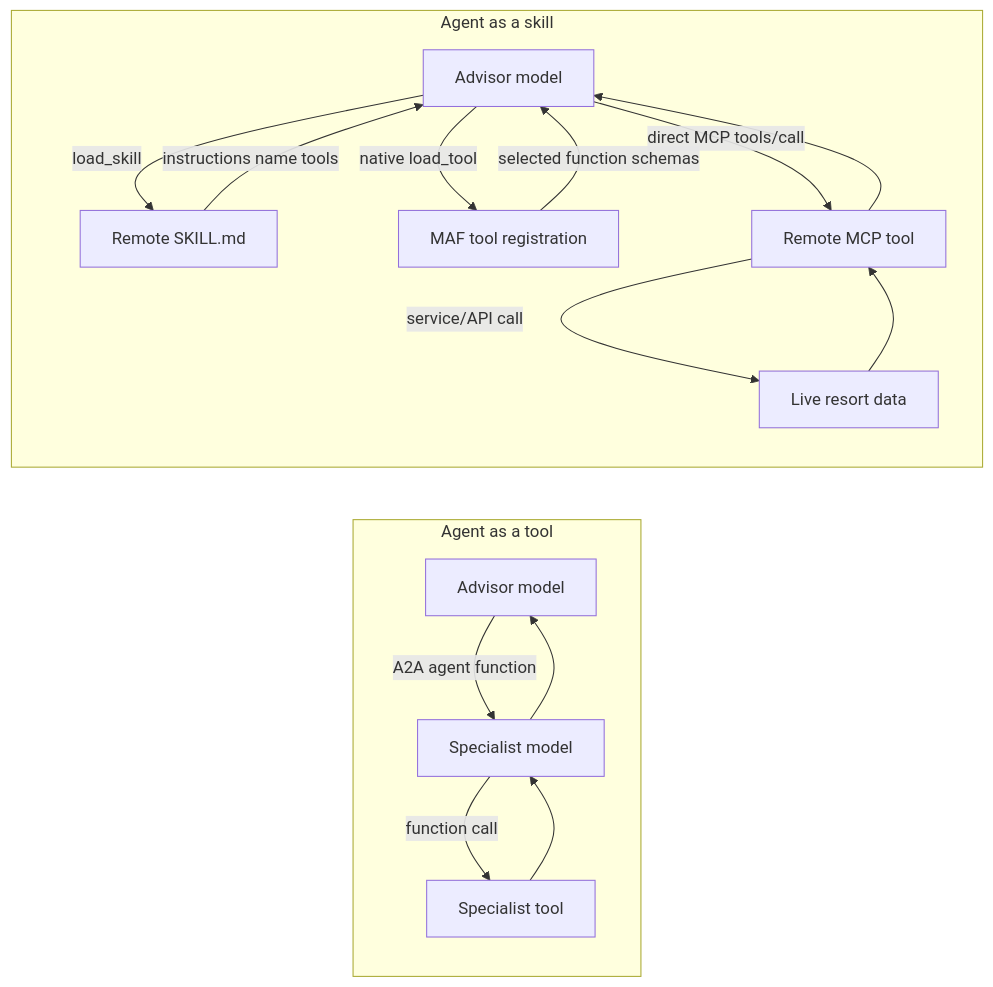
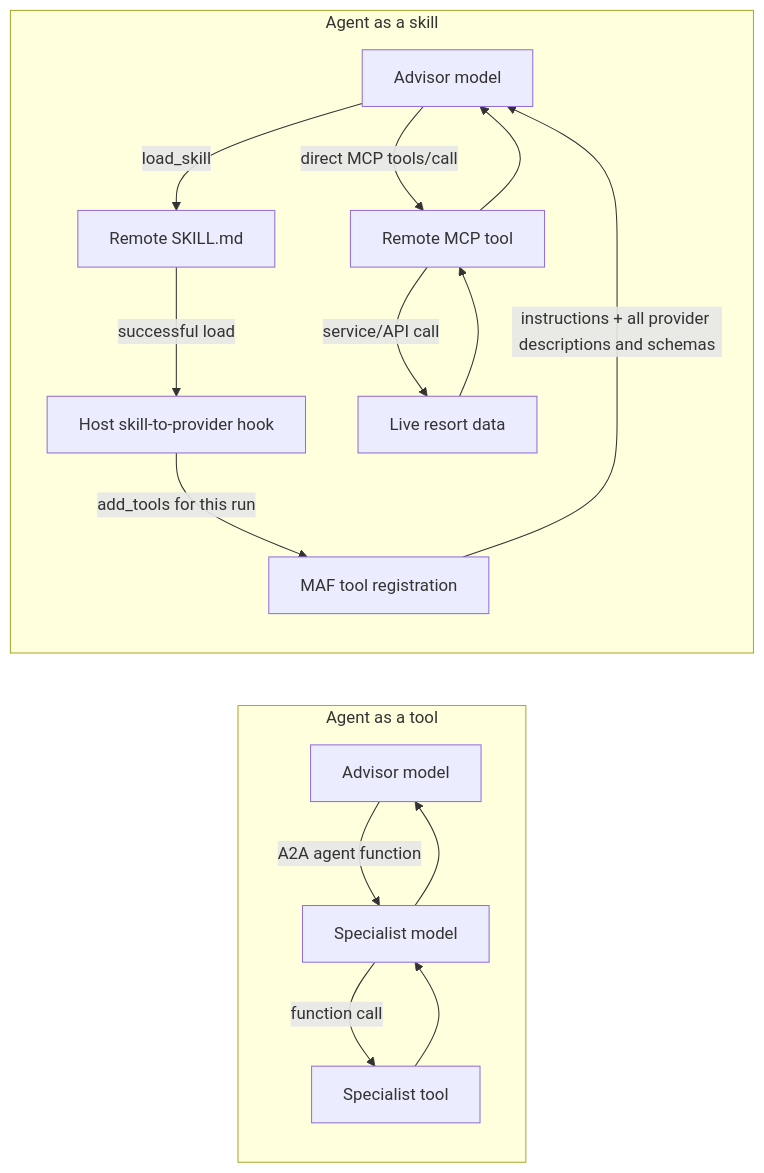
The first of 2 diagrams in ARCHITECTURE.md (tommasodotNET/ski-resort-demo), drawn with Mermaid before and after one commit. The commit also changed other lines of this file and 4 other files, not shown here.

````diff
--- a/ARCHITECTURE.md
+++ b/ARCHITECTURE.md
@@ -85,18 +86,18 @@
 ```mermaid
 flowchart LR
     subgraph A2A["Agent as a tool"]
         OA[Advisor model] -->|A2A agent function| SA[Specialist model]
         SA -->|function call| ST[Specialist tool]
         ST --> SA --> OA
     end
 
     subgraph Skills["Agent as a skill"]
         OS[Advisor model] -->|load_skill| MD[Remote SKILL.md]
-        MD -->|instructions name tools| OS
-        OS -->|native load_tool| SDK[MAF tool registration]
-        SDK -->|selected function schemas| OS
+        MD -->|successful load| HOOK[Host skill-to-provider hook]
+        HOOK -->|add_tools for this run| SDK[MAF tool registration]
+        SDK -->|instructions + all provider descriptions and schemas| OS
         OS -->|direct MCP tools/call| MT[Remote MCP tool]
         MT -->|service/API call| DATA[Live resort data]
         DATA --> MT --> OS
     end
 ```
````
